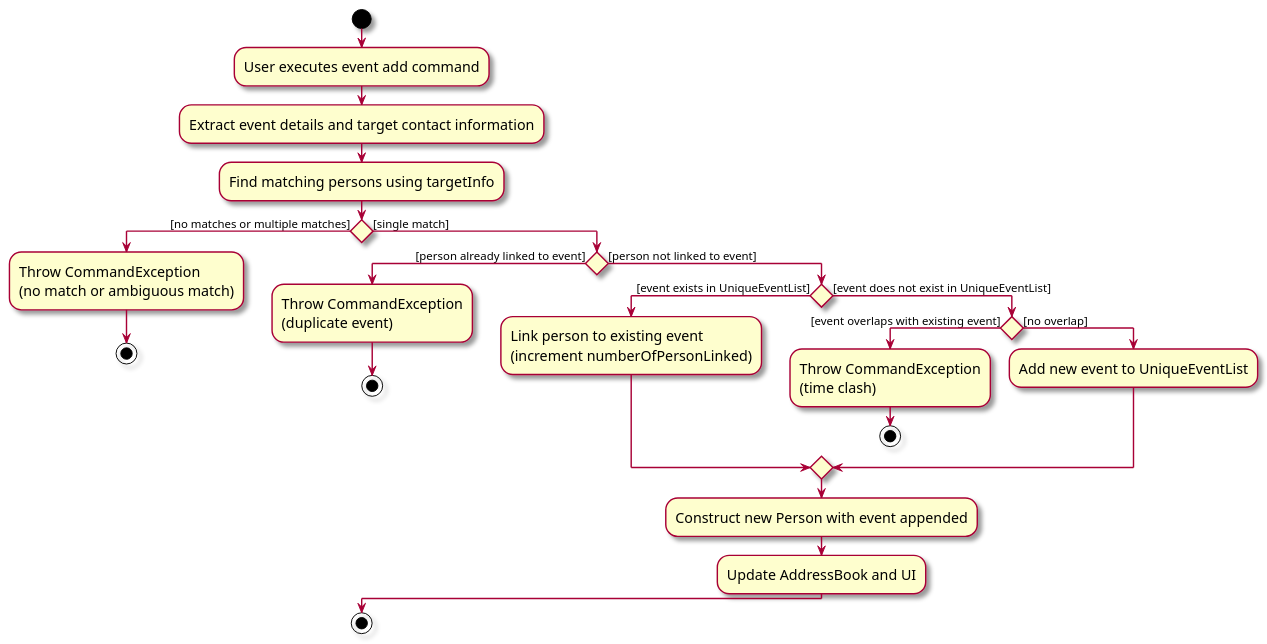
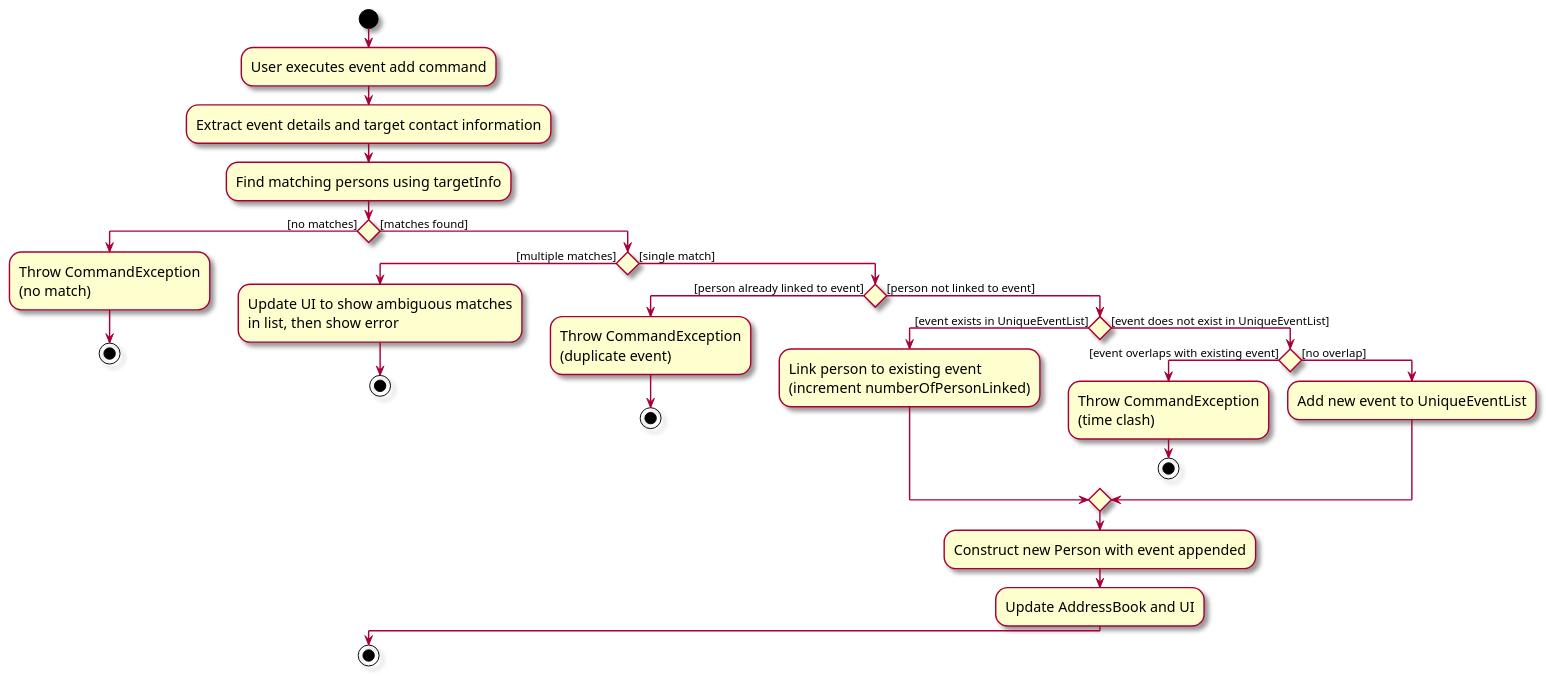
Before and after one commit to AY2526S2-CS2103-F08-4/tp: the diagram in diagrams/AddEventActivityDiagram.puml, drawn with PlantUML. The commit also changed 25 other files, not shown here.

```diff
--- a/diagrams/AddEventActivityDiagram.puml
+++ b/diagrams/AddEventActivityDiagram.puml
@@ -1,35 +1,40 @@
 @startuml
 skin rose
 skinparam ActivityFontSize 15
 skinparam ArrowFontSize 12
 
 start
 :User executes event add command;
 :Extract event details and target contact information;
 :Find matching persons using targetInfo;
 
-if () then ([no matches or multiple matches])
-  :Throw CommandException\n(no match or ambiguous match);
+if () then ([no matches])
+  :Throw CommandException\n(no match);
   stop
-else ([single match])
+else ([matches found])
+  if () then ([multiple matches])
+    :Update UI to show ambiguous matches\nin list, then show error;
+    stop
+  else ([single match])
   if () then ([person already linked to event])
     :Throw CommandException\n(duplicate event);
     stop
   else ([person not linked to event])
     if () then ([event exists in UniqueEventList])
       :Link person to existing event\n(increment numberOfPersonLinked);
     else ([event does not exist in UniqueEventList])
       if () then ([event overlaps with existing event])
         :Throw CommandException\n(time clash);
         stop
       else ([no overlap])
         :Add new event to UniqueEventList;
       endif
     endif
     :Construct new Person with event appended;
     :Update AddressBook and UI;
   endif
+  endif
 endif
 
 stop
 @enduml
```
